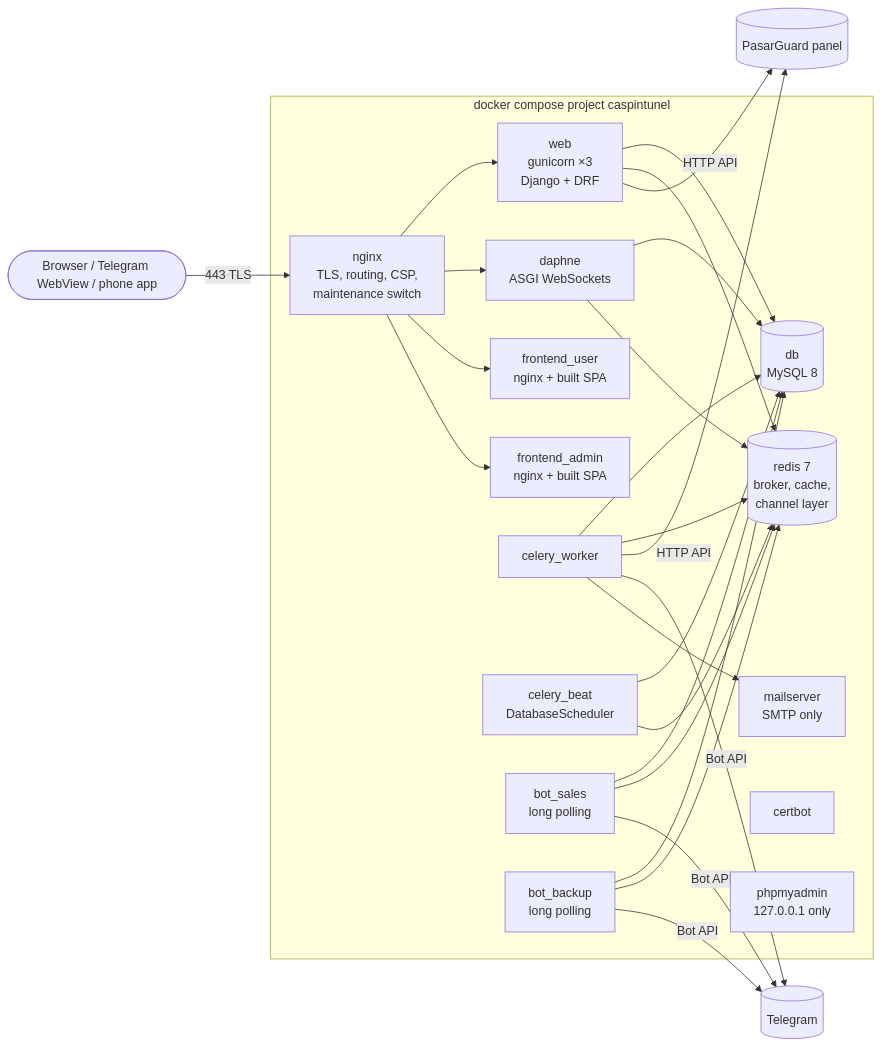
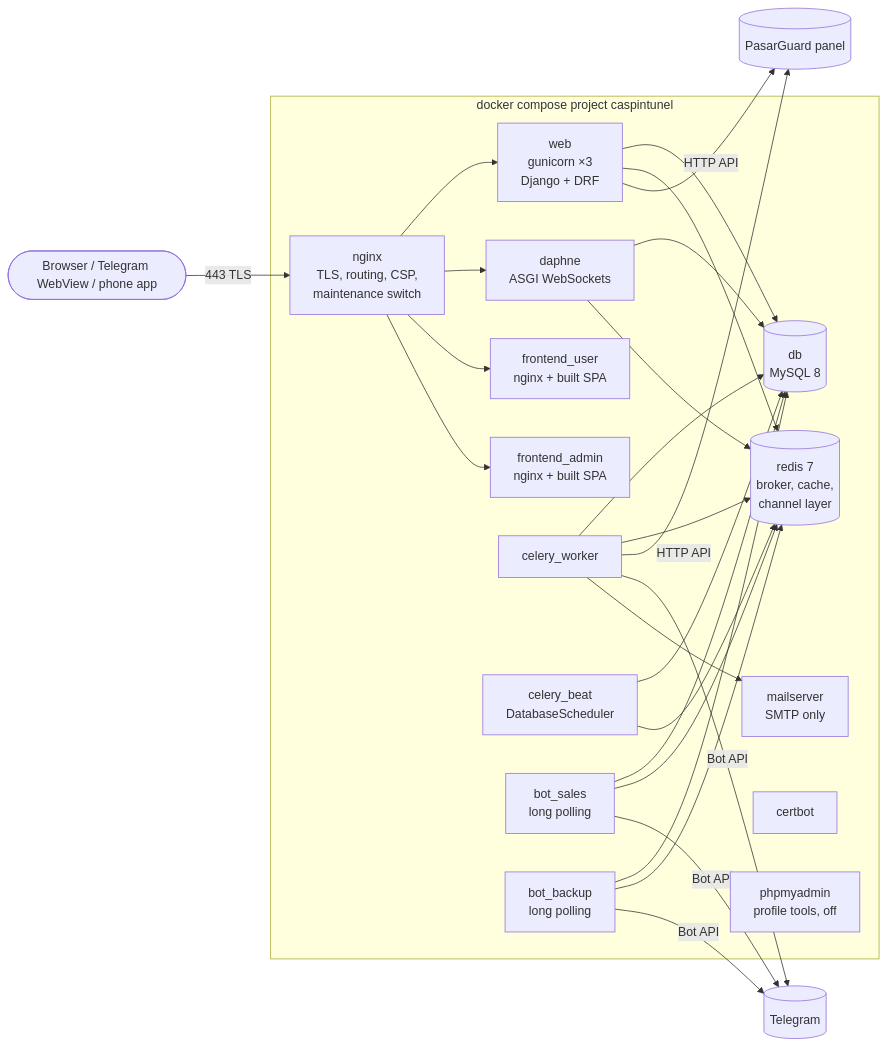
The first of 2 diagrams in docs/architecture.md (santiyagoburcart/caspintunel), drawn with Mermaid before and after one commit. The commit also changed other lines of this file and 11 other files, not shown here.

````diff
--- a/docs/architecture.md
+++ b/docs/architecture.md
@@ -31,27 +32,27 @@
 ```mermaid
 flowchart LR
     client([Browser / Telegram WebView / phone app]) -->|443 TLS| nginx
     subgraph compose[docker compose project caspintunel]
         nginx[nginx<br/>TLS, routing, CSP,<br/>maintenance switch]
         web[web<br/>gunicorn ×3<br/>Django + DRF]
         daphne[daphne<br/>ASGI WebSockets]
         fu[frontend_user<br/>nginx + built SPA]
         fa[frontend_admin<br/>nginx + built SPA]
         worker[celery_worker]
         beat[celery_beat<br/>DatabaseScheduler]
         sales[bot_sales<br/>long polling]
         backup[bot_backup<br/>long polling]
         db[(db<br/>MySQL 8)]
         redis[(redis 7<br/>broker, cache,<br/>channel layer)]
         mail[mailserver<br/>SMTP only]
         certbot[certbot]
-        pma[phpmyadmin<br/>127.0.0.1 only]
+        pma[phpmyadmin<br/>profile tools, off]
     end
     nginx --> web & daphne & fu & fa
     web & daphne & worker & beat & sales & backup --> db
     web & daphne & worker & beat & sales & backup --> redis
     worker -->|HTTP API| pg[(PasarGuard panel)]
     web -->|HTTP API| pg
     sales & backup & worker -->|Bot API| tg[(Telegram)]
     worker --> mail
 ```
````
